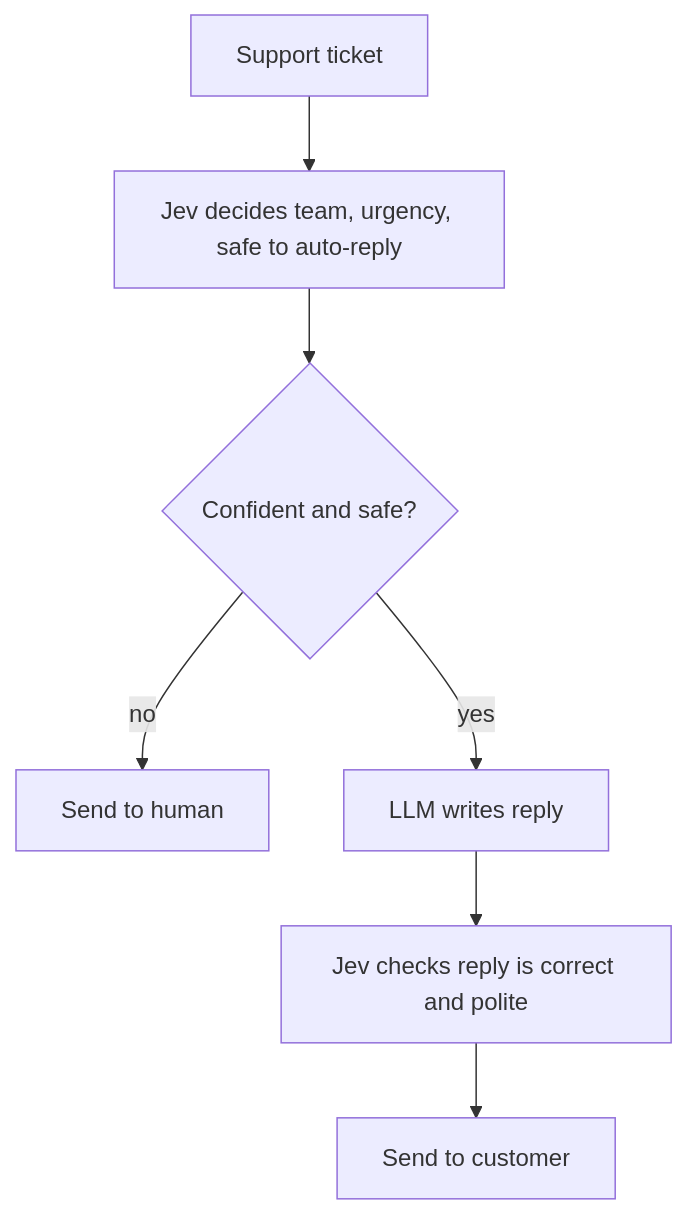
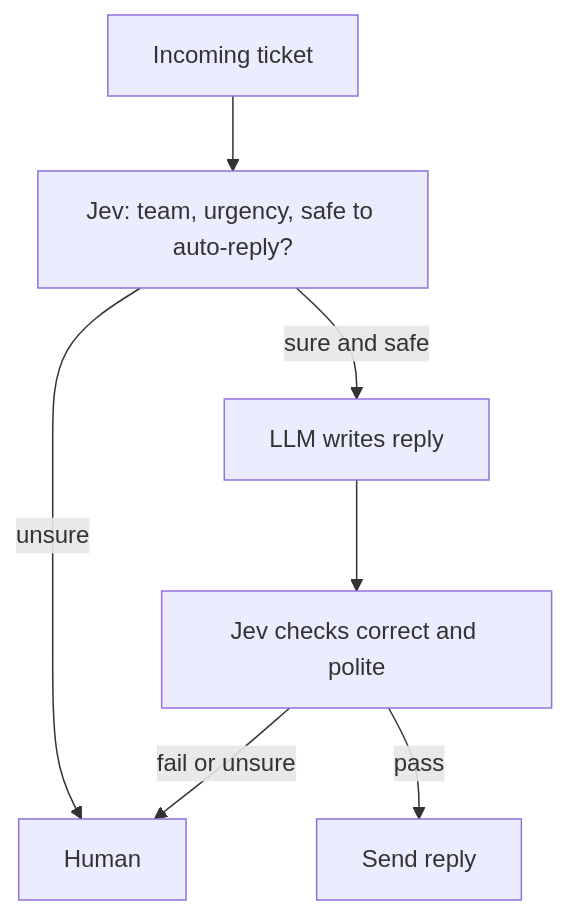
The first of 2 diagrams in notes/step-06-types-of-language-models/081-jev-and-system-one-models-explained.md (kaisarnajar/outcome-school-blogs), drawn with Mermaid before and after one commit. The commit also changed other lines of this file and 233 other files, not shown here.

````diff
--- a/notes/step-06-types-of-language-models/081-jev-and-system-one-models-explained.md
+++ b/notes/step-06-types-of-language-models/081-jev-and-system-one-models-explained.md
@@ -56,9 +82,9 @@
 ```mermaid
 flowchart TD
-    A["Support ticket"] --> B["Jev decides team, urgency, safe to auto-reply"]
-    B --> C{"Confident and safe?"}
-    C -->|"no"| D["Send to human"]
-    C -->|"yes"| E["LLM writes reply"]
-    E --> F["Jev checks reply is correct and polite"]
-    F --> G["Send to customer"]
+A1["Incoming ticket"] --> B1["Jev: team, urgency, safe to auto-reply?"]
+B1 -->|"unsure"| H1["Human"]
+B1 -->|"sure and safe"| C1["LLM writes reply"]
+C1 --> D1["Jev checks correct and polite"]
+D1 -->|"pass"| E1["Send reply"]
+D1 -->|"fail or unsure"| H1
 ```
````
